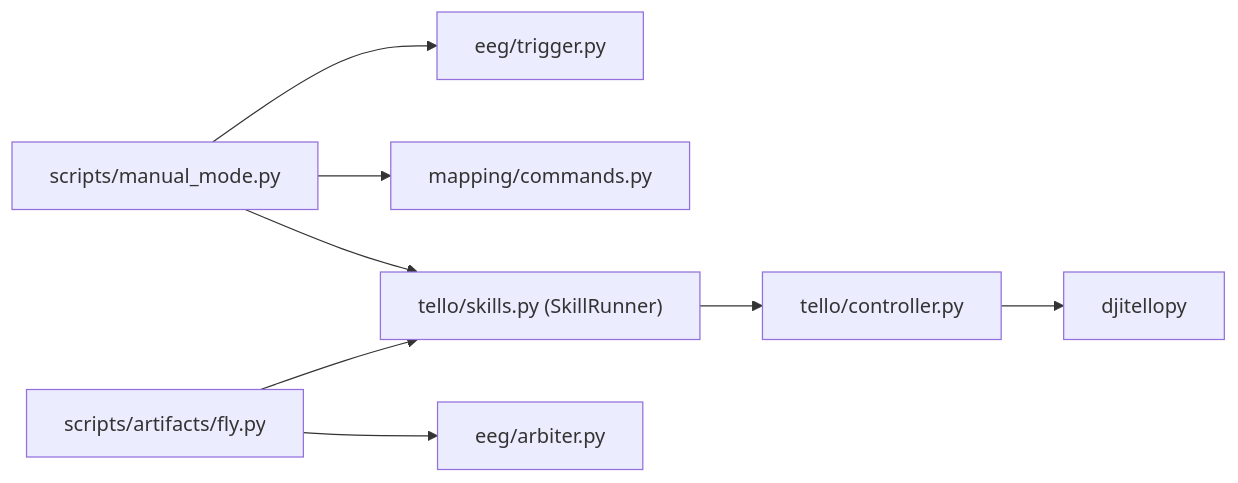
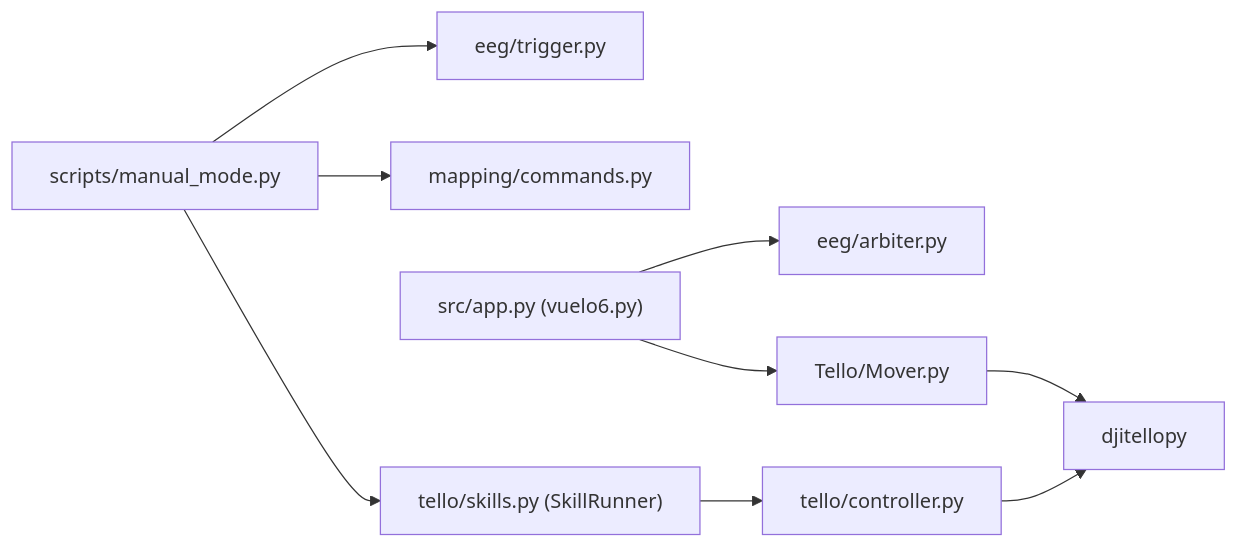
Before and after one commit to Axeseller/MindWeavers: the second of 2 diagrams in docs/skills_plan/README.md, drawn with Mermaid. The commit also changed 55 other files, not shown here.

````diff
--- a/docs/skills_plan/README.md
+++ b/docs/skills_plan/README.md
@@ -42,10 +42,11 @@
 ```mermaid
 flowchart LR
   ManualMode["scripts/manual_mode.py"] --> Trigger["eeg/trigger.py"]
   ManualMode --> Mapper["mapping/commands.py"]
   ManualMode --> Skills["tello/skills.py (SkillRunner)"]
-  ArtifactFly["scripts/artifacts/fly.py"] --> Arbiter["eeg/arbiter.py"]
-  ArtifactFly --> Skills
+  App["src/app.py (vuelo6.py)"] --> Arbiter["eeg/arbiter.py"]
+  App --> Mover["Tello/Mover.py"]
+  Mover --> SDK
   Skills --> Controller["tello/controller.py"]
   Controller --> SDK["djitellopy"]
 ```
````
